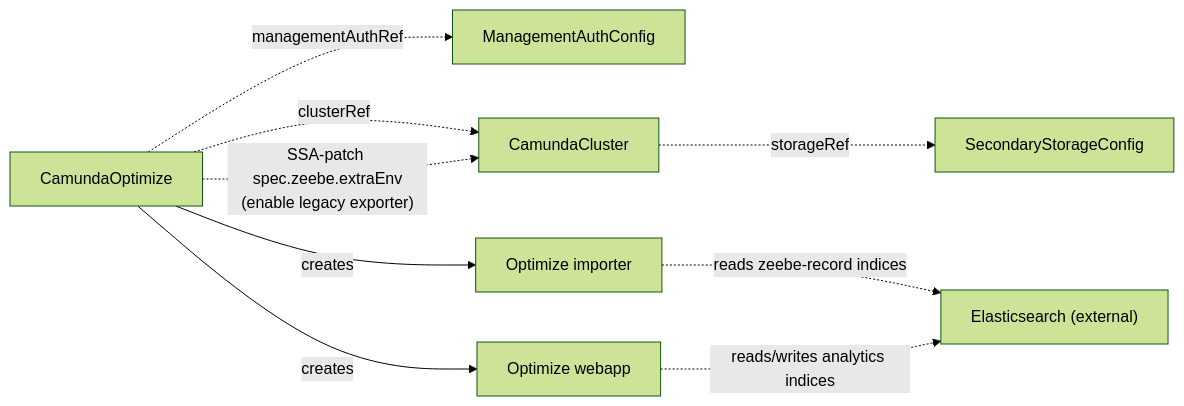
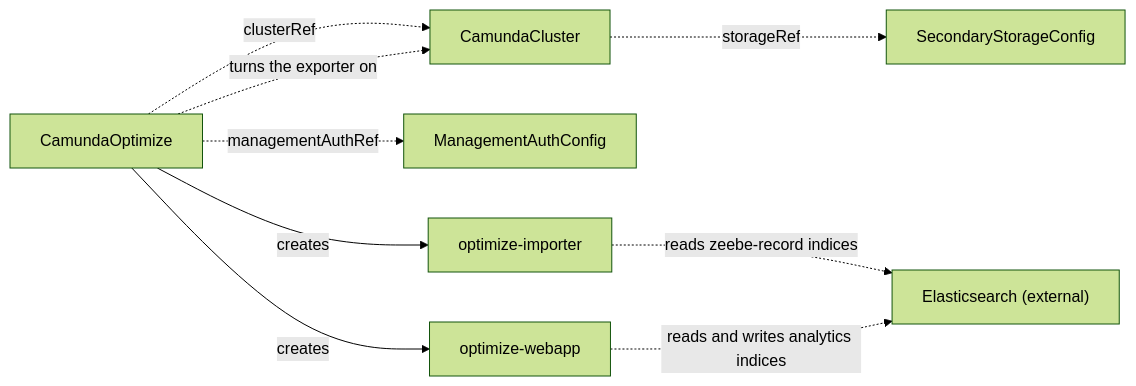
One commit to konsole-is/camunda-operator changed the diagram in docs/crds/camundaoptimize.md. Above: the diagram before and after it, drawn with Mermaid (forest theme). The commit also changed other lines of this file and 3 other files, not shown here.

````diff
--- a/docs/crds/camundaoptimize.md
+++ b/docs/crds/camundaoptimize.md
@@ -38,11 +26,11 @@
 ```mermaid
 graph LR
-    OPT[CamundaOptimize] -.->|managementAuthRef| MAC[ManagementAuthConfig]
-    OPT -.->|clusterRef| CC[CamundaCluster]
-    OPT -.->|"SSA-patch spec.zeebe.extraEnv<br/>(enable legacy exporter)"| CC
+    OPT[CamundaOptimize] -.->|clusterRef| CC[CamundaCluster]
+    OPT -.->|managementAuthRef| MAC[ManagementAuthConfig]
+    OPT -.->|"turns the exporter on"| CC
     CC -.->|storageRef| SSC[SecondaryStorageConfig]
-    OPT -->|creates| WA[Optimize webapp]
-    OPT -->|creates| IMP[Optimize importer]
+    OPT -->|creates| WA[optimize-webapp]
+    OPT -->|creates| IMP[optimize-importer]
     IMP -.->|"reads zeebe-record indices"| ES["Elasticsearch (external)"]
-    WA -.->|"reads/writes analytics indices"| ES
+    WA -.->|"reads and writes analytics indices"| ES
 ```
````
